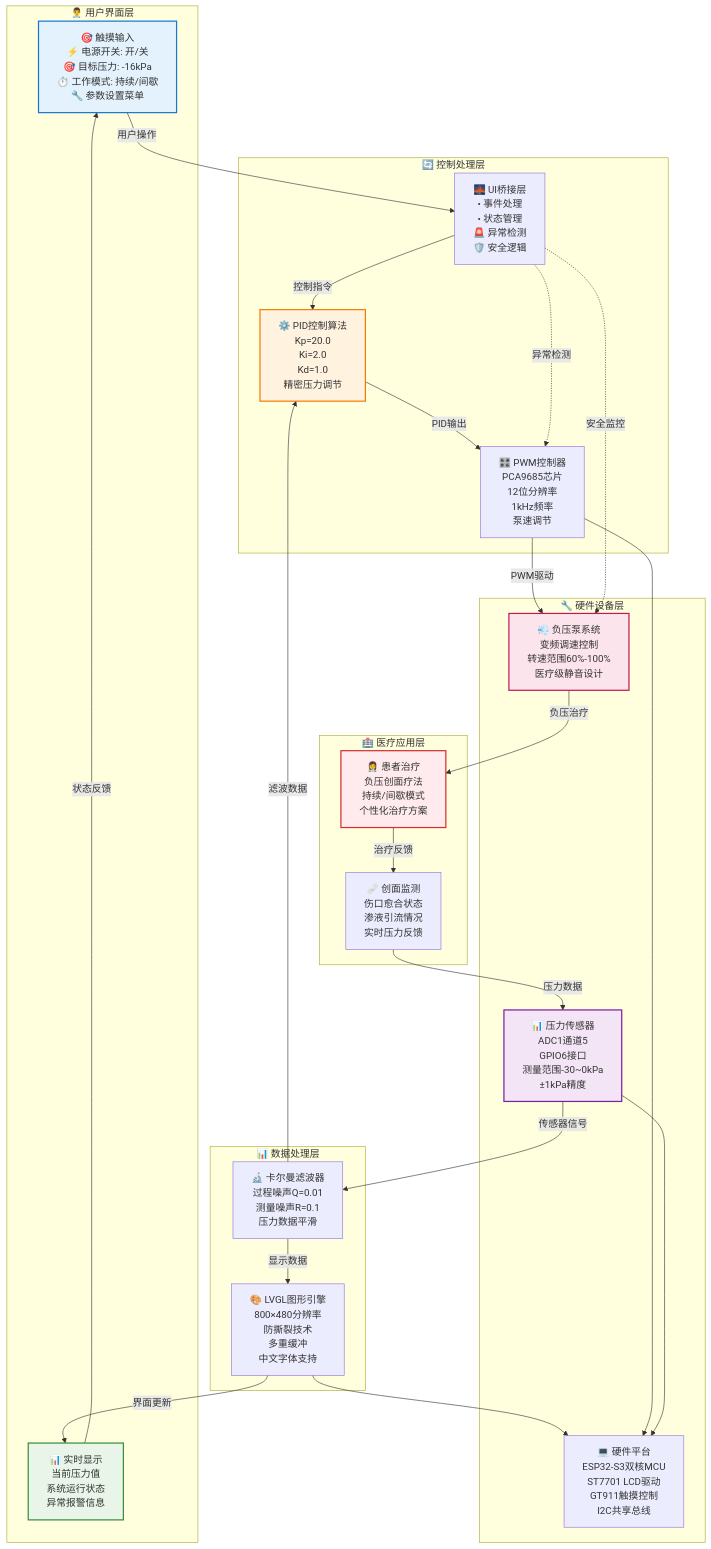
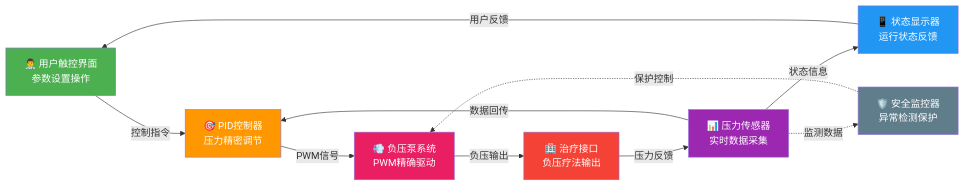
One commit to Owen1B/PressureCare changed the second of 2 diagrams in README.md. Above: the diagram before and after it, drawn with Mermaid. The commit also changed other lines of this file, not shown here.

````diff
--- a/README.md
+++ b/README.md
@@ -89,60 +70,30 @@
 ```mermaid
-graph TD
-    subgraph "👨‍⚕️ 用户界面层"
-        A[🎯 触摸输入<br/>⚡ 电源开关: 开/关<br/>🎯 目标压力: -16kPa<br/>⏱️ 工作模式: 持续/间歇<br/>🔧 参数设置菜单]
-        B[📊 实时显示<br/>当前压力值<br/>系统运行状态<br/>异常报警信息]
-    end
+graph LR
+    A[👨‍⚕️ 用户触控界面<br/>参数设置操作] 
+    B[🎯 PID控制器<br/>压力精密调节]
+    C[💨 负压泵系统<br/>PWM精确驱动]
+    D[🏥 治疗接口<br/>负压疗法输出]
+    E[📊 压力传感器<br/>实时数据采集] 
+    F[📱 状态显示器<br/>运行状态反馈]
     
-    subgraph "🔄 控制处理层"
-        C[🌉 UI桥接层<br/>• 事件处理<br/>• 状态管理<br/>🚨 异常检测<br/>🛡️ 安全逻辑]
-        D[⚙️ PID控制算法<br/>Kp=20.0<br/>Ki=2.0<br/>Kd=1.0<br/>精密压力调节]
-        E[🎛️ PWM控制器<br/>PCA9685芯片<br/>12位分辨率<br/>1kHz频率<br/>泵速调节]
-    end
+    A -->|控制指令| B
+    B -->|PWM信号| C  
+    C -->|负压输出| D
+    D -->|压力反馈| E
+    E -->|数据回传| B
+    E -->|状态信息| F
+    F -->|用户反馈| A
     
-    subgraph "📊 数据处理层"
-        F[🔬 卡尔曼滤波器<br/>过程噪声Q=0.01<br/>测量噪声R=0.1<br/>压力数据平滑]
-        G[🎨 LVGL图形引擎<br/>800×480分辨率<br/>防撕裂技术<br/>多重缓冲<br/>中文字体支持]
-    end
+    %% 安全保护系统
+    G[🛡️ 安全监控器<br/>异常检测保护]
+    G -.->|保护控制| C
+    E -.->|监测数据| G
     
-    subgraph "🔧 硬件设备层"
-        H[💨 负压泵系统<br/>变频调速控制<br/>转速范围60%-100%<br/>医疗级静音设计]
-        I[📊 压力传感器<br/>ADC1通道5<br/>GPIO6接口<br/>测量范围-30~0kPa<br/>±1kPa精度]
-        J[💻 硬件平台<br/>ESP32-S3双核MCU<br/>ST7701 LCD驱动<br/>GT911触摸控制<br/>I2C共享总线]
-    end
-    
-    subgraph "🏥 医疗应用层"
-        K[👩‍⚕️ 患者治疗<br/>负压创面疗法<br/>持续/间歇模式<br/>个性化治疗方案]
-        L[🩹 创面监测<br/>伤口愈合状态<br/>渗液引流情况<br/>实时压力反馈]
-    end
-    
-    %% 主要数据流向
-    A -->|用户操作| C
-    C -->|控制指令| D
-    D -->|PID输出| E
-    E -->|PWM驱动| H
-    H -->|负压治疗| K
-    K -->|治疗反馈| L
-    L -->|压力数据| I
-    I -->|传感器信号| F
-    F -->|滤波数据| D
-    F -->|显示数据| G
-    G -->|界面更新| B
-    B -->|状态反馈| A
-    
-    %% 安全监控
-    C -.->|安全监控| H
-    C -.->|异常检测| E
-    
-    %% 硬件支撑
-    G --> J
-    E --> J
-    I --> J
-    
-    %% 样式定义
-    style A fill:#e3f2fd,stroke:#1976d2,stroke-width:2px
-    style B fill:#e8f5e8,stroke:#388e3c,stroke-width:2px
-    style D fill:#fff3e0,stroke:#f57c00,stroke-width:2px
-    style H fill:#fce4ec,stroke:#c2185b,stroke-width:2px
-    style I fill:#f3e5f5,stroke:#7b1fa2,stroke-width:2px
-    style K fill:#ffebee,stroke:#d32f2f,stroke-width:2px
+    style A fill:#4CAF50,color:#fff
+    style B fill:#FF9800,color:#fff  
+    style C fill:#E91E63,color:#fff
+    style D fill:#F44336,color:#fff
+    style E fill:#9C27B0,color:#fff
+    style F fill:#2196F3,color:#fff
+    style G fill:#607D8B,color:#fff
 ```
````
